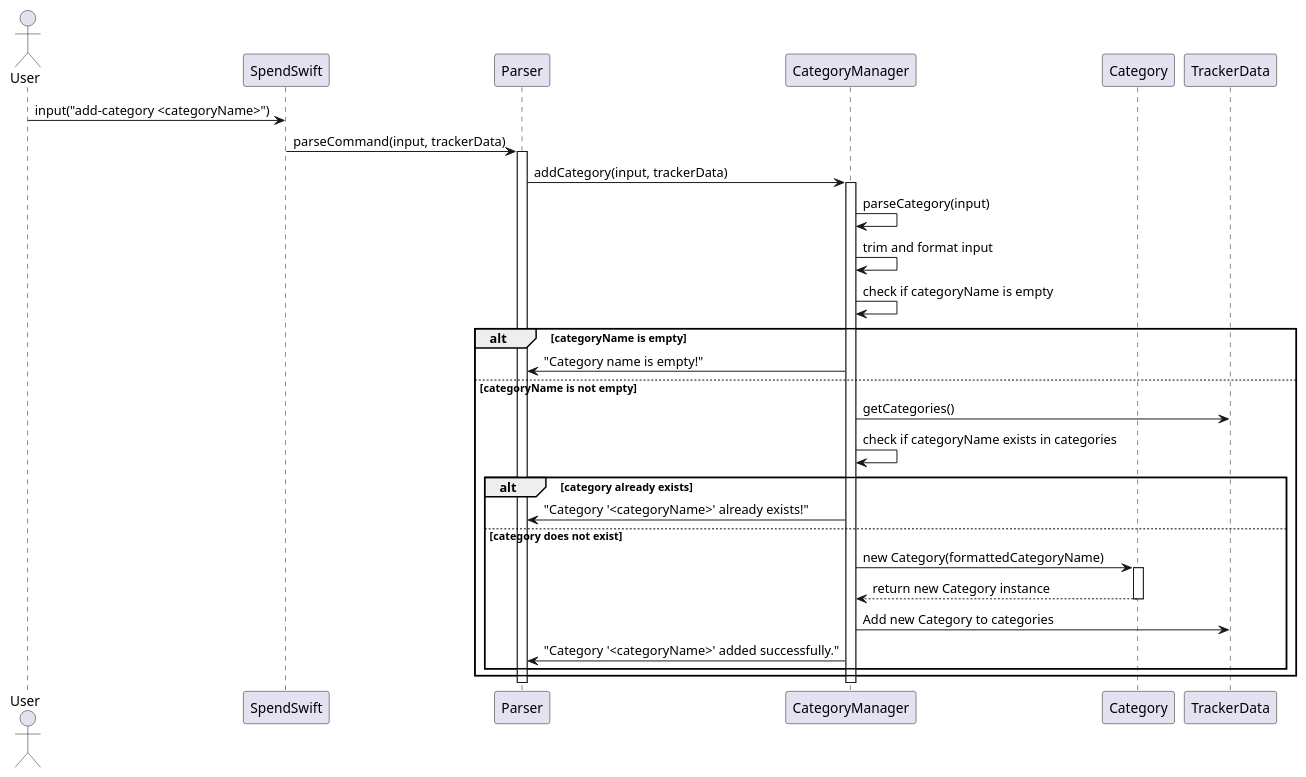
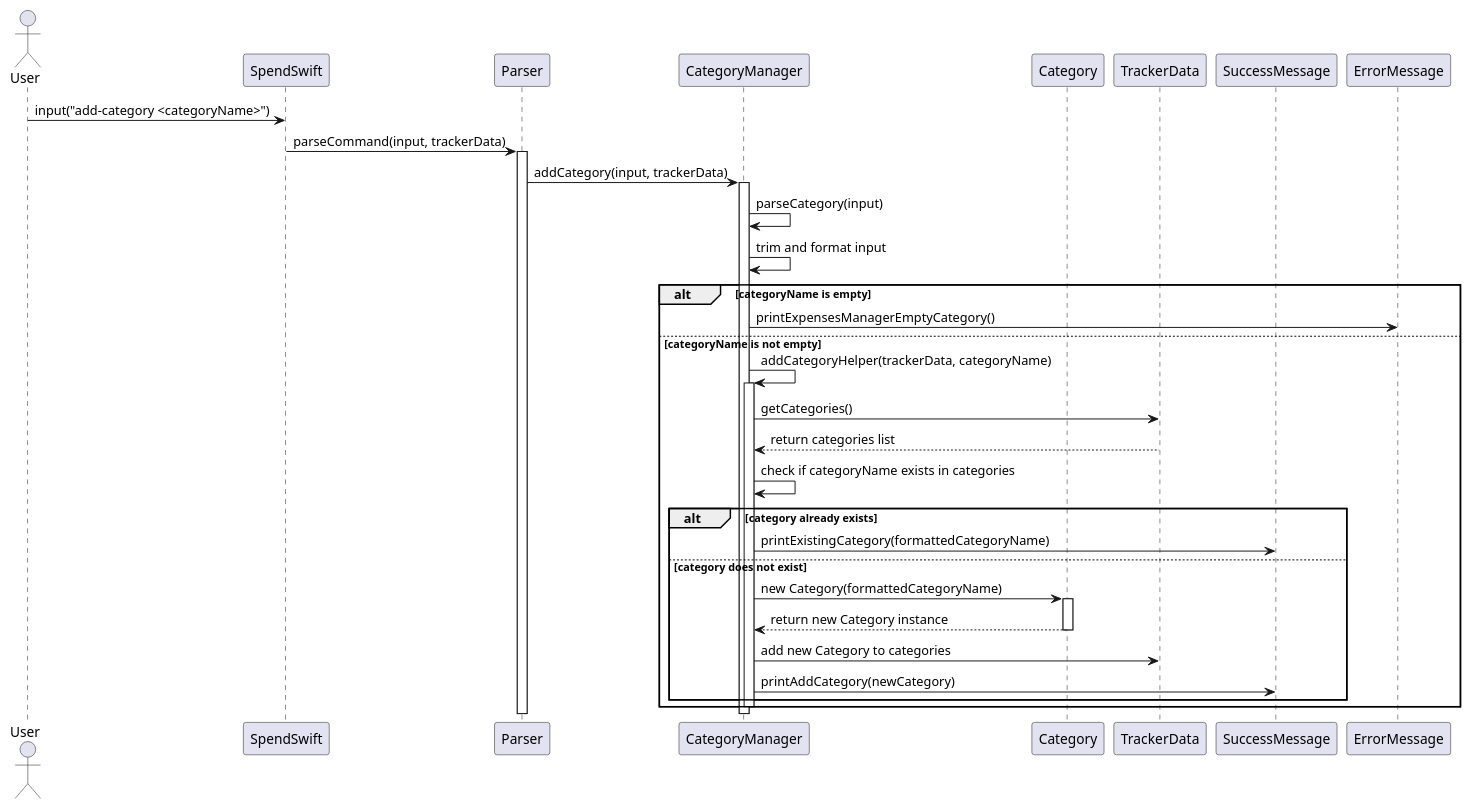
Before and after one commit to nus-cs2113-AY2425S1/tp: the diagram in docs/diagrams/AddCategory.puml, drawn with PlantUML. The commit also changed 2 other files, not shown here.

Commit message:
Updated AddCategory Sequence Diagram

```diff
--- a/docs/diagrams/AddCategory.puml
+++ b/docs/diagrams/AddCategory.puml
@@ -1,42 +1,49 @@
 @startuml
 
 actor User
 participant SpendSwift
 participant Parser
 participant CategoryManager
 participant Category
 participant TrackerData
+participant SuccessMessage
+participant ErrorMessage
 
 User -> SpendSwift : input("add-category <categoryName>")
 SpendSwift -> Parser : parseCommand(input, trackerData)
 
 activate Parser
 Parser -> CategoryManager : addCategory(input, trackerData)
 
 activate CategoryManager
 CategoryManager -> CategoryManager : parseCategory(input)
 CategoryManager -> CategoryManager : trim and format input
-CategoryManager -> CategoryManager : check if categoryName is empty
 
 alt categoryName is empty
-    CategoryManager -> Parser : "Category name is empty!"
+    CategoryManager -> ErrorMessage : printExpensesManagerEmptyCategory()
 else categoryName is not empty
+    CategoryManager -> CategoryManager : addCategoryHelper(trackerData, categoryName)
+    activate CategoryManager
+
     CategoryManager -> TrackerData : getCategories()
+    TrackerData --> CategoryManager : return categories list
     CategoryManager -> CategoryManager : check if categoryName exists in categories
 
     alt category already exists
-        CategoryManager -> Parser : "Category '<categoryName>' already exists!"
+        CategoryManager -> SuccessMessage : printExistingCategory(formattedCategoryName)
     else category does not exist
         CategoryManager -> Category : new Category(formattedCategoryName)
         activate Category
         Category --> CategoryManager : return new Category instance
         deactivate Category
 
-        CategoryManager -> TrackerData : Add new Category to categories
-        CategoryManager -> Parser : "Category '<categoryName>' added successfully."
+        CategoryManager -> TrackerData : add new Category to categories
+        CategoryManager -> SuccessMessage : printAddCategory(newCategory)
     end
+    deactivate CategoryManager
 end
 
 deactivate CategoryManager
 deactivate Parser
+
 @enduml
```
